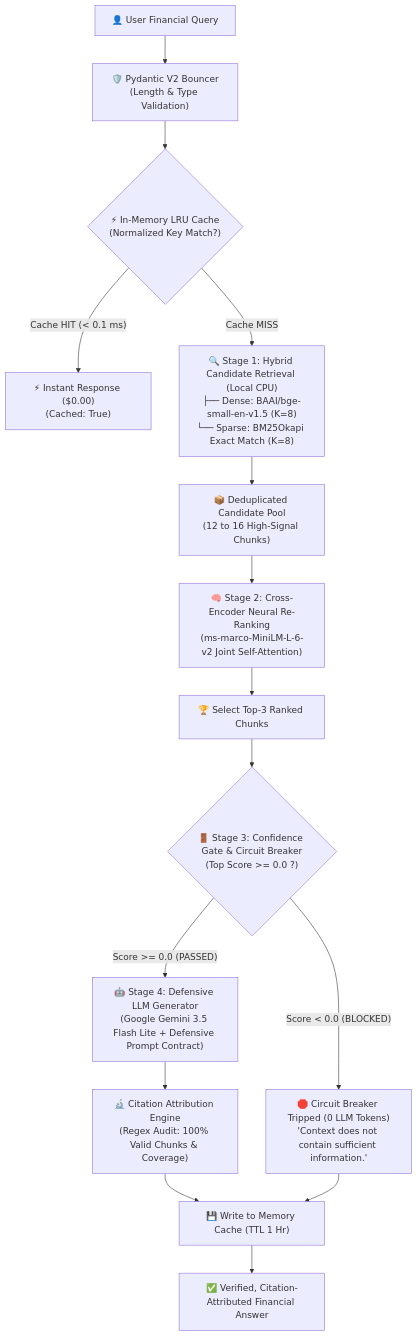
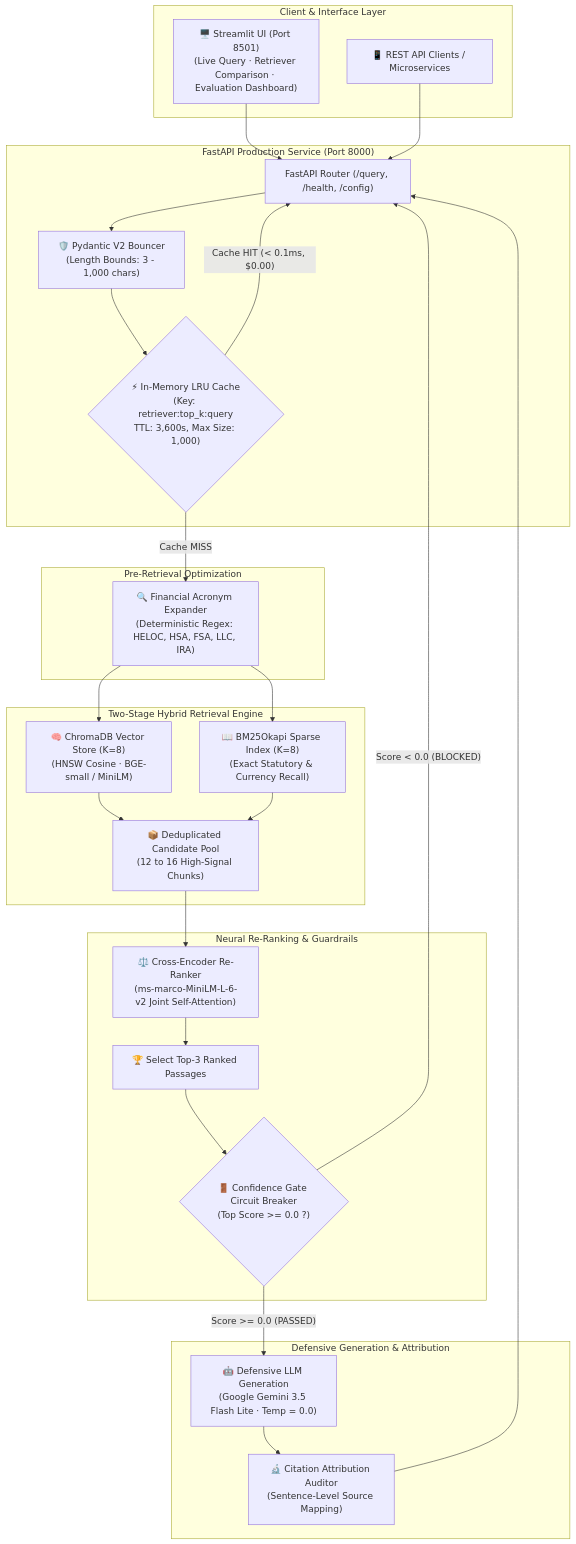
One commit to khalfallahshams-tech/financial-rag-enterprise changed the diagram in README.md. Above: the diagram before and after it, drawn with Mermaid. The commit also changed other lines of this file and 7 other files, not shown here.

Commit message:
docs(phase-7): comprehensive portfolio documentation suite (RESULTS, ARCHITECTURE, TESTING, INTERVIEW_NOTES 30 Q&A, and README)

````diff
--- a/README.md
+++ b/README.md
@@ -27,27 +35,52 @@
 ```mermaid
 flowchart TD
-    UserQuery["👤 User Financial Query"] --> PydanticBouncer["🛡️ Pydantic V2 Bouncer\n(Length & Type Validation)"]
-    PydanticBouncer --> CacheCheck{"⚡ In-Memory LRU Cache\n(Normalized Key Match?)"}
+    subgraph ClientLayer["Client & Interface Layer"]
+        UI["🖥️ Streamlit UI (Port 8501)\n(Live Query · Retriever Comparison · Evaluation Dashboard)"]
+        Client["📱 REST API Clients / Microservices"]
+    end
 
-    CacheCheck -- "Cache HIT (< 0.1 ms)" --> InstantResponse["⚡ Instant Response ($0.00)\n(Cached: True)"]
+    subgraph APILayer["FastAPI Production Service (Port 8000)"]
+        Router["FastAPI Router (/query, /health, /config)"]
+        Bouncer["🛡️ Pydantic V2 Bouncer\n(Length Bounds: 3 - 1,000 chars)"]
+        Cache{"⚡ In-Memory LRU Cache\n(Key: retriever:top_k:query\nTTL: 3,600s, Max Size: 1,000)"}
+    end
 
-    CacheCheck -- "Cache MISS" --> HybridRetrieval["🔍 Stage 1: Hybrid Candidate Retrieval (Local CPU)\n├── Dense: BAAI/bge-small-en-v1.5 (K=8)\n└── Sparse: BM25Okapi Exact Match (K=8)"]
-    
-    HybridRetrieval --> UnionPool["📦 Deduplicated Candidate Pool\n(12 to 16 High-Signal Chunks)"]
-    
-    UnionPool --> CrossEncoder["🧠 Stage 2: Cross-Encoder Neural Re-Ranking\n(ms-marco-MiniLM-L-6-v2 Joint Self-Attention)"]
-    
-    CrossEncoder --> TopKSelect["🏆 Select Top-3 Ranked Chunks"]
-    
-    TopKSelect --> ConfidenceGate{"🚪 Stage 3: Confidence Gate & Circuit Breaker\n(Top Score >= 0.0 ?)"}
+    subgraph PreprocessingLayer["Pre-Retrieval Optimization"]
+        Expander["🔍 Financial Acronym Expander\n(Deterministic Regex: HELOC, HSA, FSA, LLC, IRA)"]
+    end
 
-    ConfidenceGate -- "Score < 0.0 (BLOCKED)" --> CircuitBreaker["🛑 Circuit Breaker Tripped (0 LLM Tokens)\n'Context does not contain sufficient information.'"]
+    subgraph RetrievalLayer["Two-Stage Hybrid Retrieval Engine"]
+        Dense["🧠 ChromaDB Vector Store (K=8)\n(HNSW Cosine · BGE-small / MiniLM)"]
+        Sparse["📖 BM25Okapi Sparse Index (K=8)\n(Exact Statutory & Currency Recall)"]
+        Fusion["📦 Deduplicated Candidate Pool\n(12 to 16 High-Signal Chunks)"]
+    end
 
-    ConfidenceGate -- "Score >= 0.0 (PASSED)" --> LLMGenerator["🤖 Stage 4: Defensive LLM Generator\n(Google Gemini 3.5 Flash Lite + Defensive Prompt Contract)"]
+    subgraph RankingGuardrailLayer["Neural Re-Ranking & Guardrails"]
+        CrossEncoder["⚖️ Cross-Encoder Re-Ranker\n(ms-marco-MiniLM-L-6-v2 Joint Self-Attention)"]
+        Top3["🏆 Select Top-3 Ranked Passages"]
+        Gate{"🚪 Confidence Gate Circuit Breaker\n(Top Score >= 0.0 ?)"}
+    end
 
-    LLMGenerator --> CitationAuditor["🔬 Citation Attribution Engine\n(Regex Audit: 100% Valid Chunks & Coverage)"]
+    subgraph GenerationLayer["Defensive Generation & Attribution"]
+        LLM["🤖 Defensive LLM Generation\n(Google Gemini 3.5 Flash Lite · Temp = 0.0)"]
+        Auditor["🔬 Citation Attribution Auditor\n(Sentence-Level Source Mapping)"]
+    end
 
-    CitationAuditor --> CacheWrite["💾 Write to Memory Cache (TTL 1 Hr)"]
-    CircuitBreaker --> CacheWrite
-    CacheWrite --> FinalOutput["✅ Verified, Citation-Attributed Financial Answer"]
+    UI --> Router
+    Client --> Router
+    Router --> Bouncer
+    Bouncer --> Cache
+    Cache -- "Cache HIT (< 0.1ms, $0.00)" --> Router
+    Cache -- "Cache MISS" --> Expander
+    Expander --> Dense
+    Expander --> Sparse
+    Dense --> Fusion
+    Sparse --> Fusion
+    Fusion --> CrossEncoder
+    CrossEncoder --> Top3
+    Top3 --> Gate
+    Gate -- "Score < 0.0 (BLOCKED)" --> Router
+    Gate -- "Score >= 0.0 (PASSED)" --> LLM
+    LLM --> Auditor
+    Auditor --> Router
 ```
````
